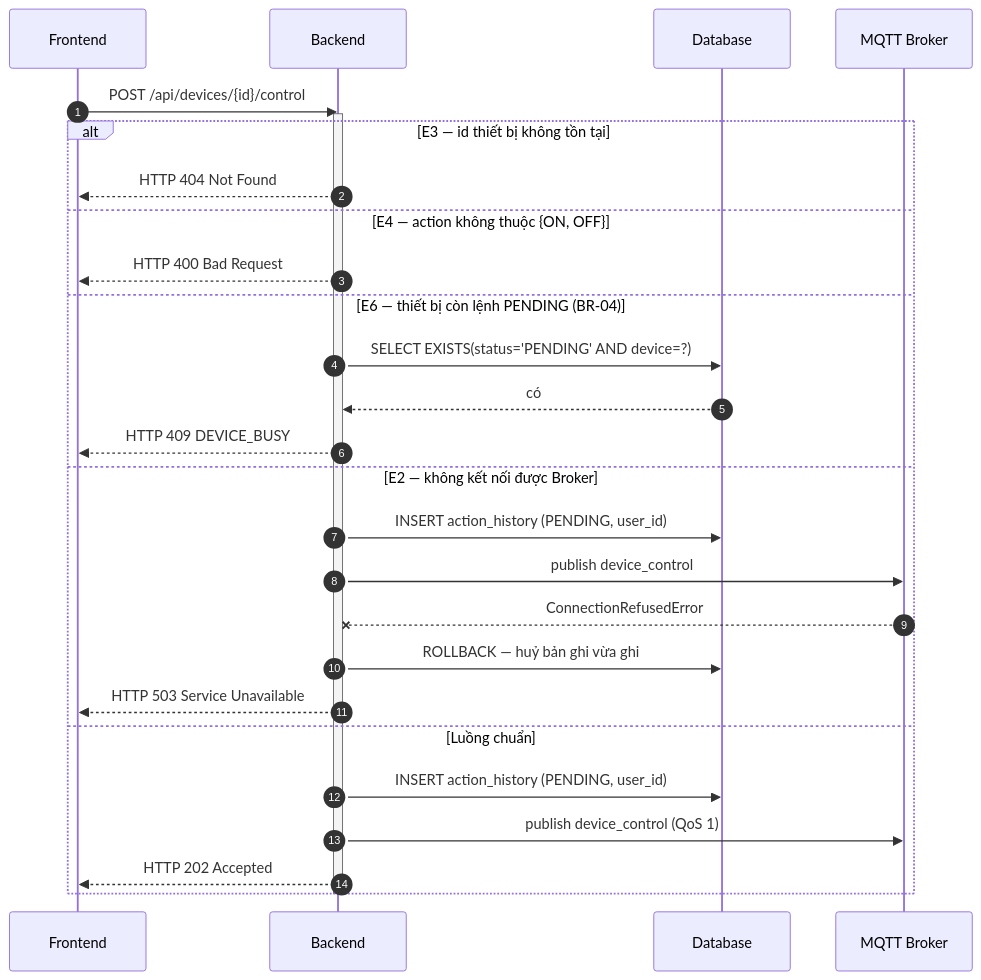
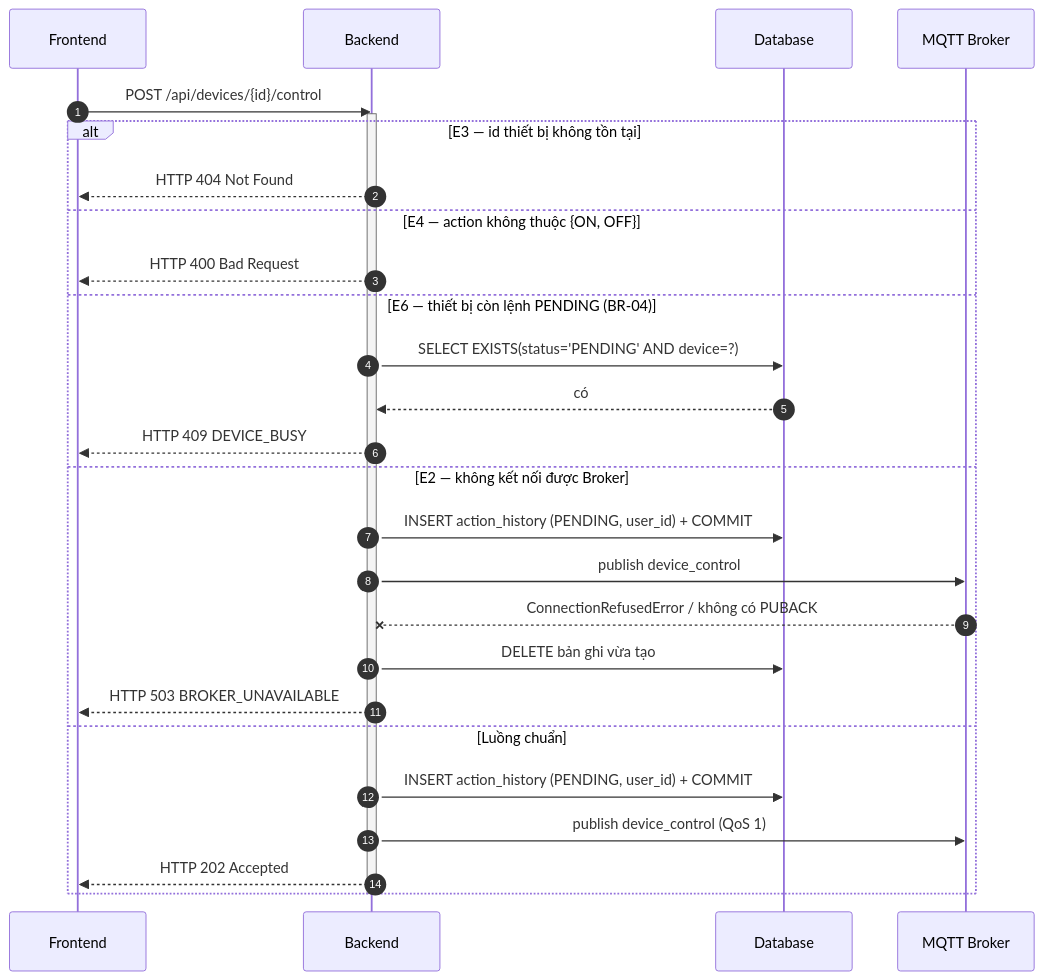
One commit to B23DCAT011/IOT changed the third of 13 diagrams in docs/03-Sequence.md. Above: the diagram before and after it, drawn with Mermaid. The commit also changed other lines of this file and 13 other files, not shown here.

````diff
--- a/docs/03-Sequence.md
+++ b/docs/03-Sequence.md
@@ -221,31 +221,31 @@
 ```mermaid
 sequenceDiagram
     autonumber
     participant FE as Frontend
     participant BE as Backend
     participant DB as Database
     participant MQ as MQTT Broker
 
     FE->>BE: POST /api/devices/{id}/control
     activate BE
     alt E3 — id thiết bị không tồn tại
         BE-->>FE: HTTP 404 Not Found
     else E4 — action không thuộc {ON, OFF}
         BE-->>FE: HTTP 400 Bad Request
     else E6 — thiết bị còn lệnh PENDING (BR-04)
         BE->>DB: SELECT EXISTS(status='PENDING' AND device=?)
         DB-->>BE: có
         BE-->>FE: HTTP 409 DEVICE_BUSY
     else E2 — không kết nối được Broker
-        BE->>DB: INSERT action_history (PENDING, user_id)
+        BE->>DB: INSERT action_history (PENDING, user_id) + COMMIT
         BE->>MQ: publish device_control
-        MQ--xBE: ConnectionRefusedError
-        BE->>DB: ROLLBACK — huỷ bản ghi vừa ghi
-        BE-->>FE: HTTP 503 Service Unavailable
+        MQ--xBE: ConnectionRefusedError / không có PUBACK
+        BE->>DB: DELETE bản ghi vừa tạo
+        BE-->>FE: HTTP 503 BROKER_UNAVAILABLE
     else Luồng chuẩn
-        BE->>DB: INSERT action_history (PENDING, user_id)
+        BE->>DB: INSERT action_history (PENDING, user_id) + COMMIT
         BE->>MQ: publish device_control (QoS 1)
         BE-->>FE: HTTP 202 Accepted
     end
     deactivate BE
 ```
````
